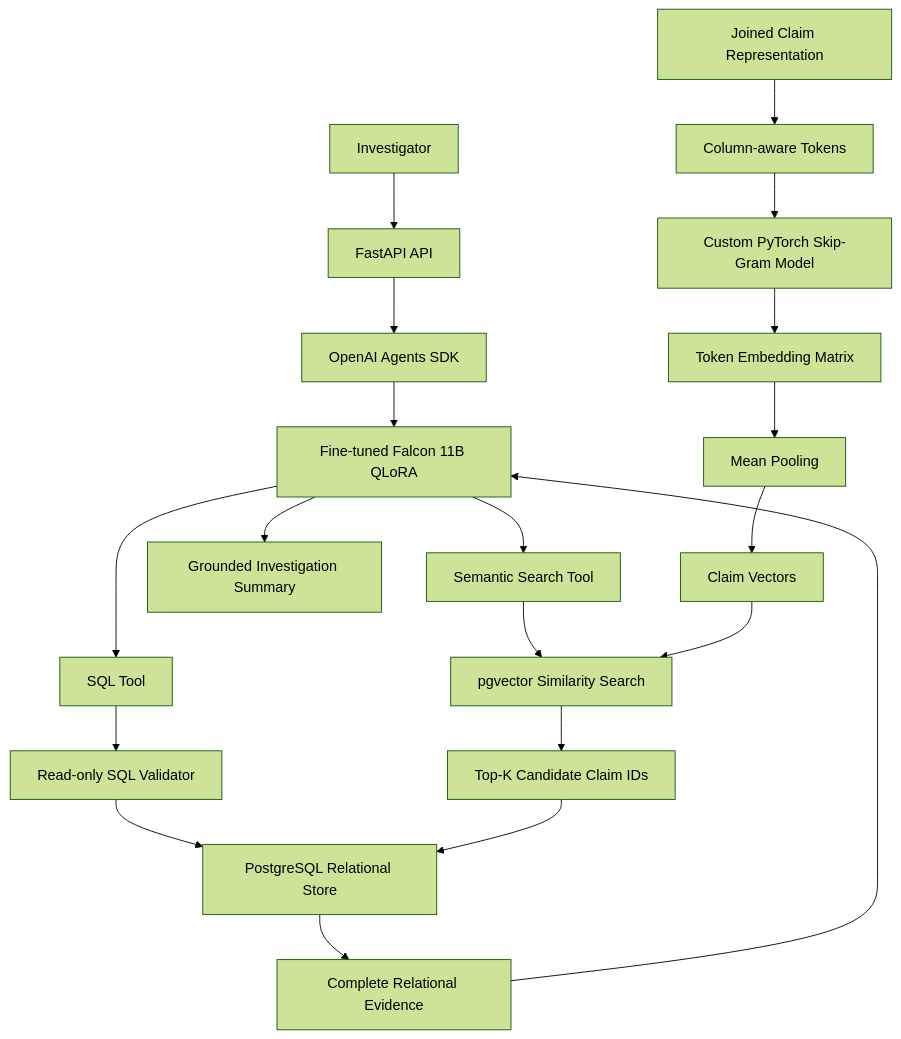
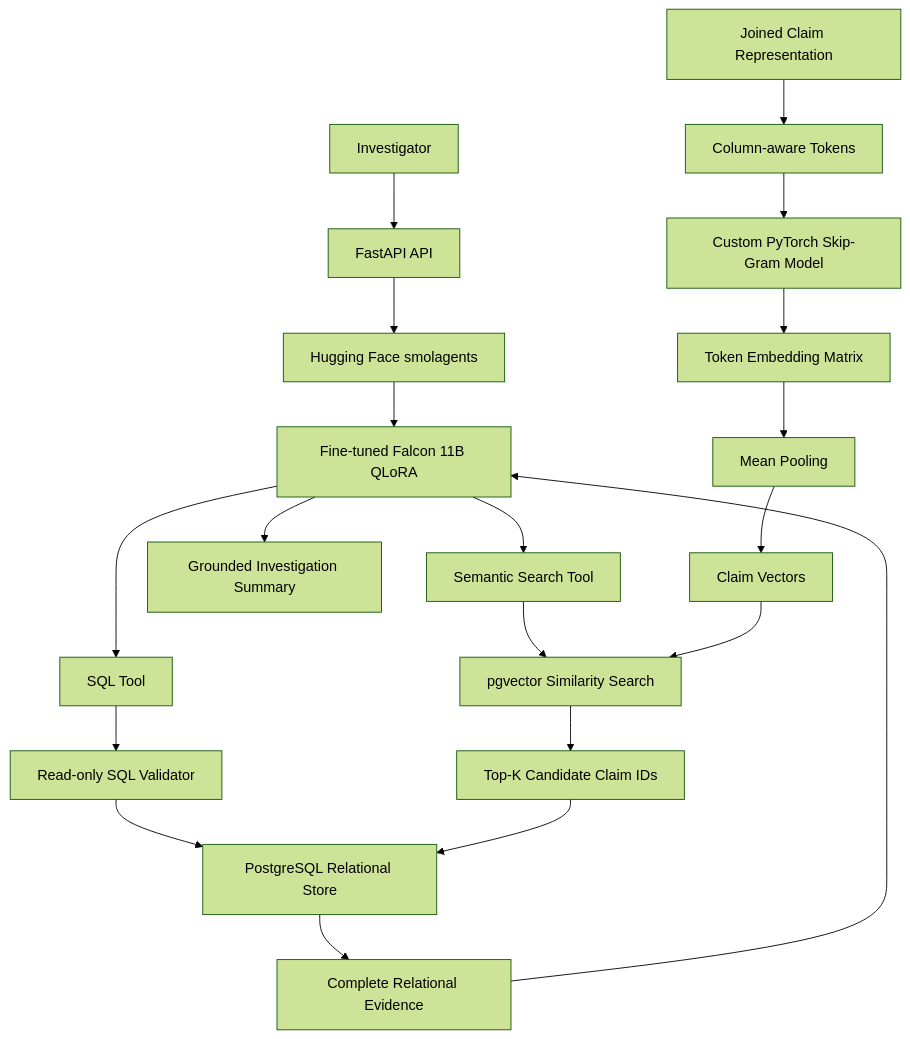
The diagram in README.md (adityas2410/sql-instruct-qlora-llm), drawn with Mermaid (forest theme) before and after one commit. The commit also changed other lines of this file, not shown here.

Commit message:
Document FastAPI smolagents integration

````diff
--- a/README.md
+++ b/README.md
@@ -31,23 +31,23 @@
 ```mermaid
 flowchart TD
     user["Investigator"] --> api["FastAPI API"]
-    api --> agent["OpenAI Agents SDK"]
+    api --> agent["Hugging Face smolagents"]
     agent --> falcon["Fine-tuned Falcon 11B QLoRA"]
     falcon --> sql_tool["SQL Tool"]
     falcon --> semantic_tool["Semantic Search Tool"]
     sql_tool --> validator["Read-only SQL Validator"]
     validator --> postgres["PostgreSQL Relational Store"]
     semantic_tool --> pgvector["pgvector Similarity Search"]
     pgvector --> candidate_ids["Top-K Candidate Claim IDs"]
     candidate_ids --> postgres
     postgres --> evidence["Complete Relational Evidence"]
     evidence --> falcon
     falcon --> summary["Grounded Investigation Summary"]
 
     joined["Joined Claim Representation"] --> tokens["Column-aware Tokens"]
     tokens --> skipgram["Custom PyTorch Skip-Gram Model"]
     skipgram --> token_matrix["Token Embedding Matrix"]
     token_matrix --> pooling["Mean Pooling"]
     pooling --> claim_vectors["Claim Vectors"]
     claim_vectors --> pgvector
 ```
````
